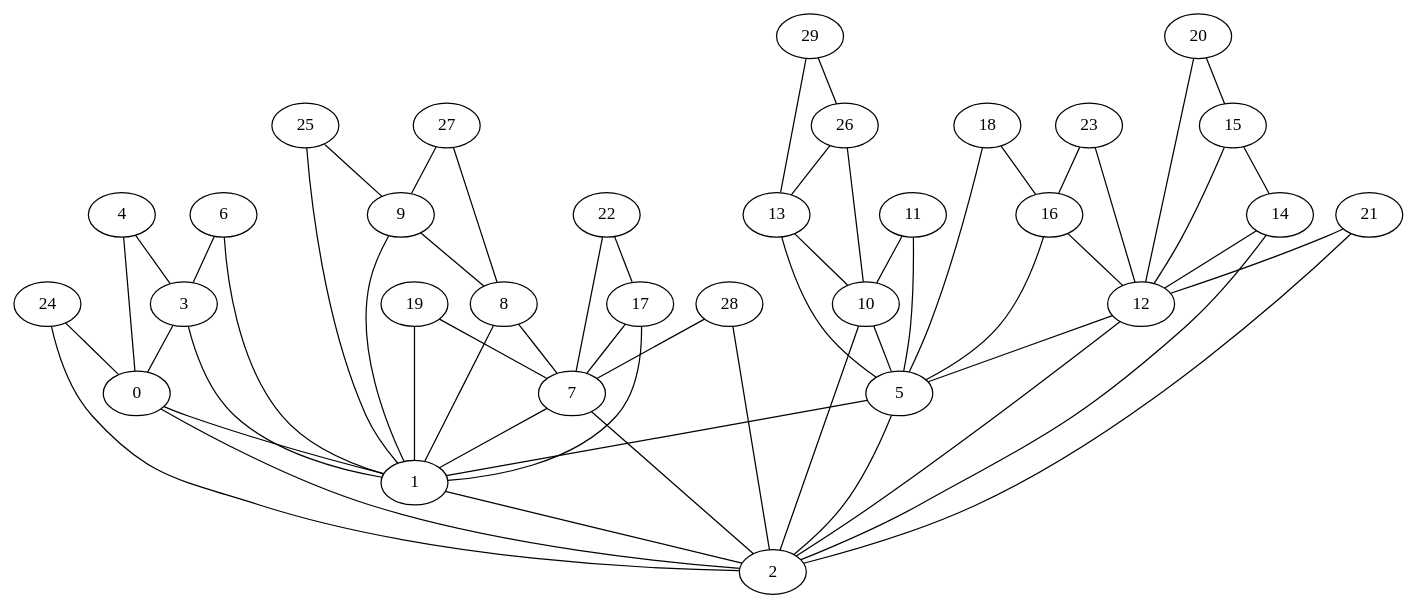
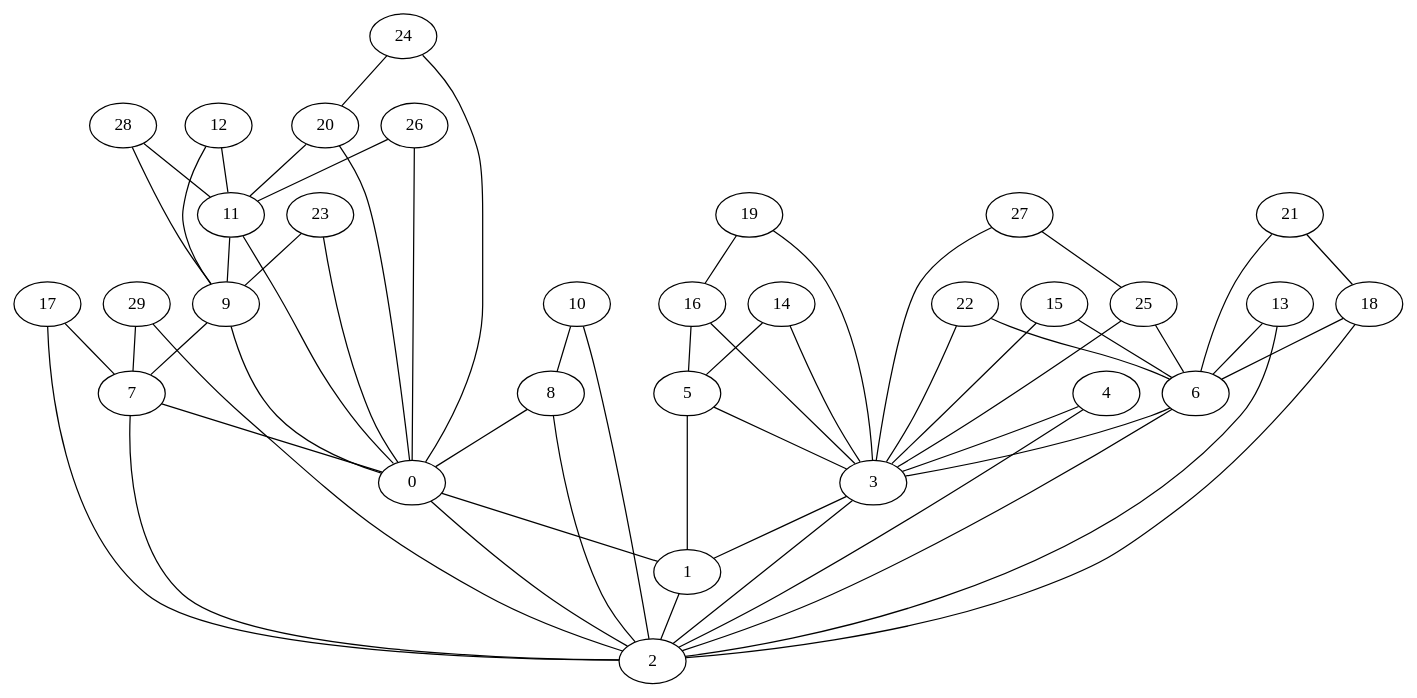
Before and after one commit to FranciscoMGL/Proyecto-Algoritmos: the diagram in grafo_dorogovtsev_30.gv, drawn with Graphviz. The commit also changed 24 other files, not shown here.

```diff
--- a/grafo_dorogovtsev_30.gv
+++ b/grafo_dorogovtsev_30.gv
@@ -1,59 +1,59 @@
 graph G {
+    "18" -- "6";
     "17" -- "7";
+    "15" -- "6";
     "4" -- "3";
-    "16" -- "12";
-    "13" -- "5";
+    "21" -- "6";
+    "29" -- "7";
+    "16" -- "3";
     "0" -- "2";
-    "9" -- "8";
-    "10" -- "5";
     "16" -- "5";
-    "6" -- "1";
-    "5" -- "2";
+    "19" -- "3";
+    "25" -- "3";
+    "22" -- "3";
+    "11" -- "9";
+    "8" -- "0";
     "3" -- "1";
-    "9" -- "1";
-    "24" -- "2";
-    "14" -- "2";
-    "27" -- "8";
-    "26" -- "13";
-    "19" -- "7";
-    "20" -- "15";
-    "29" -- "13";
-    "22" -- "7";
-    "28" -- "7";
-    "29" -- "26";
+    "11" -- "0";
+    "8" -- "2";
+    "23" -- "0";
+    "23" -- "9";
+    "20" -- "11";
+    "17" -- "2";
+    "20" -- "0";
+    "26" -- "11";
+    "26" -- "0";
+    "19" -- "16";
+    "29" -- "2";
     "6" -- "3";
-    "15" -- "12";
-    "21" -- "12";
-    "15" -- "14";
-    "12" -- "5";
-    "18" -- "5";
+    "15" -- "3";
     "0" -- "1";
+    "7" -- "0";
+    "4" -- "2";
     "1" -- "2";
-    "4" -- "0";
-    "11" -- "10";
+    "27" -- "3";
     "7" -- "2";
     "5" -- "1";
     "10" -- "2";
-    "8" -- "1";
-    "25" -- "9";
-    "17" -- "1";
-    "26" -- "10";
-    "28" -- "2";
-    "18" -- "16";
-    "14" -- "12";
-    "23" -- "12";
-    "11" -- "5";
-    "20" -- "12";
-    "3" -- "0";
-    "13" -- "10";
-    "22" -- "17";
-    "7" -- "1";
-    "12" -- "2";
-    "27" -- "9";
+    "28" -- "9";
+    "13" -- "2";
+    "28" -- "11";
+    "9" -- "7";
+    "13" -- "6";
+    "27" -- "25";
+    "21" -- "18";
+    "25" -- "6";
+    "5" -- "3";
+    "22" -- "6";
+    "14" -- "3";
+    "24" -- "20";
+    "14" -- "5";
+    "12" -- "9";
+    "9" -- "0";
+    "10" -- "8";
+    "3" -- "2";
+    "12" -- "11";
+    "6" -- "2";
+    "18" -- "2";
     "24" -- "0";
-    "21" -- "2";
-    "19" -- "1";
-    "25" -- "1";
-    "8" -- "7";
-    "23" -- "16";
 }
```
